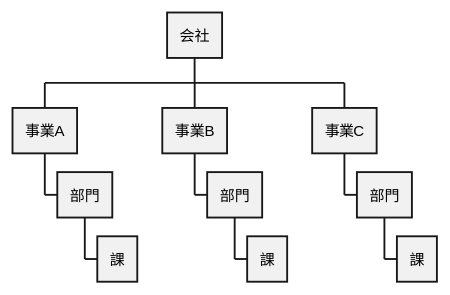
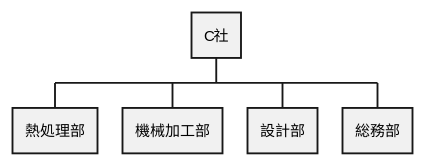
One commit to k2works/case-sutudy-business-analysis changed the first of 16 diagrams in docs/case/r01_case_3.adoc. Above: the diagram before and after it, drawn with PlantUML. The commit also changed other lines of this file and 1 other file, not shown here.

```diff
--- a/docs/case/r01_case_3.adoc
+++ b/docs/case/r01_case_3.adoc
@@ -70,17 +70,12 @@
 [plantuml]
 ----
 @startwbs
 
-* 会社
-** 事業A
-*** 部門
-**** 課
-** 事業B
-*** 部門
-**** 課
-** 事業C
-*** 部門
-**** 課
+* C社
+** 熱処理部
+** 機械加工部
+** 設計部
+** 総務部
 
 @endwbs
 ----
```
